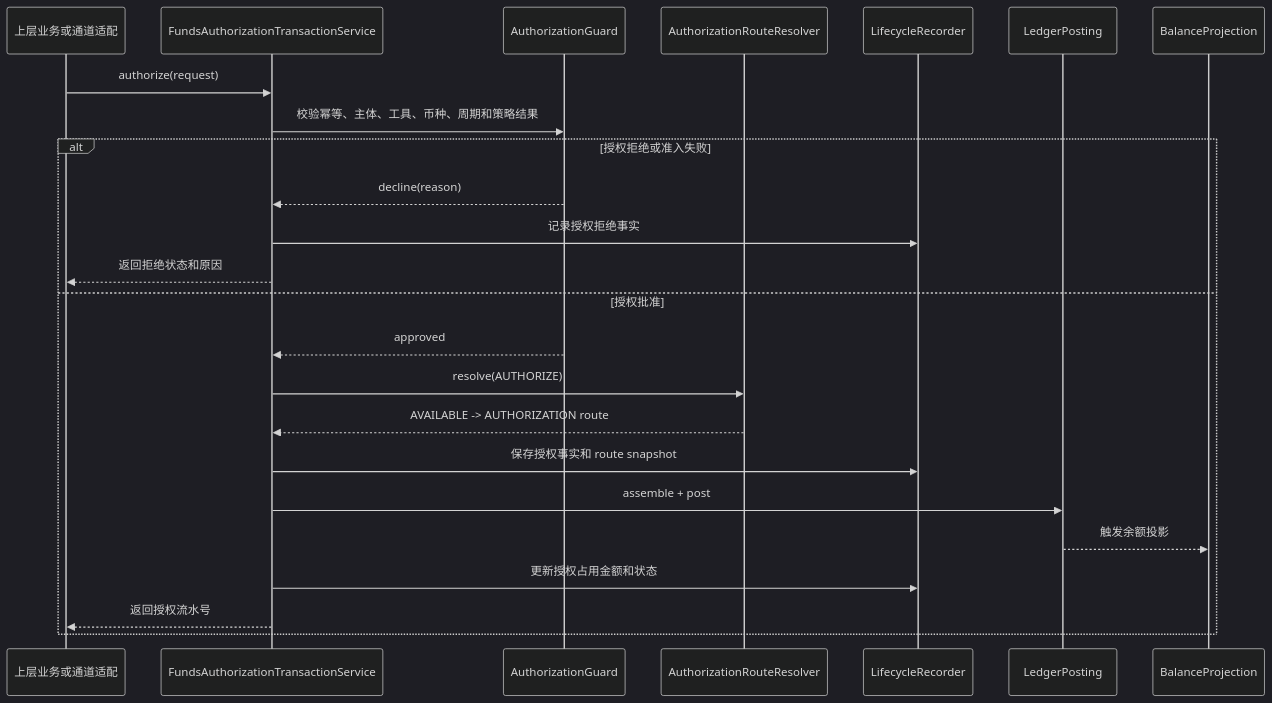
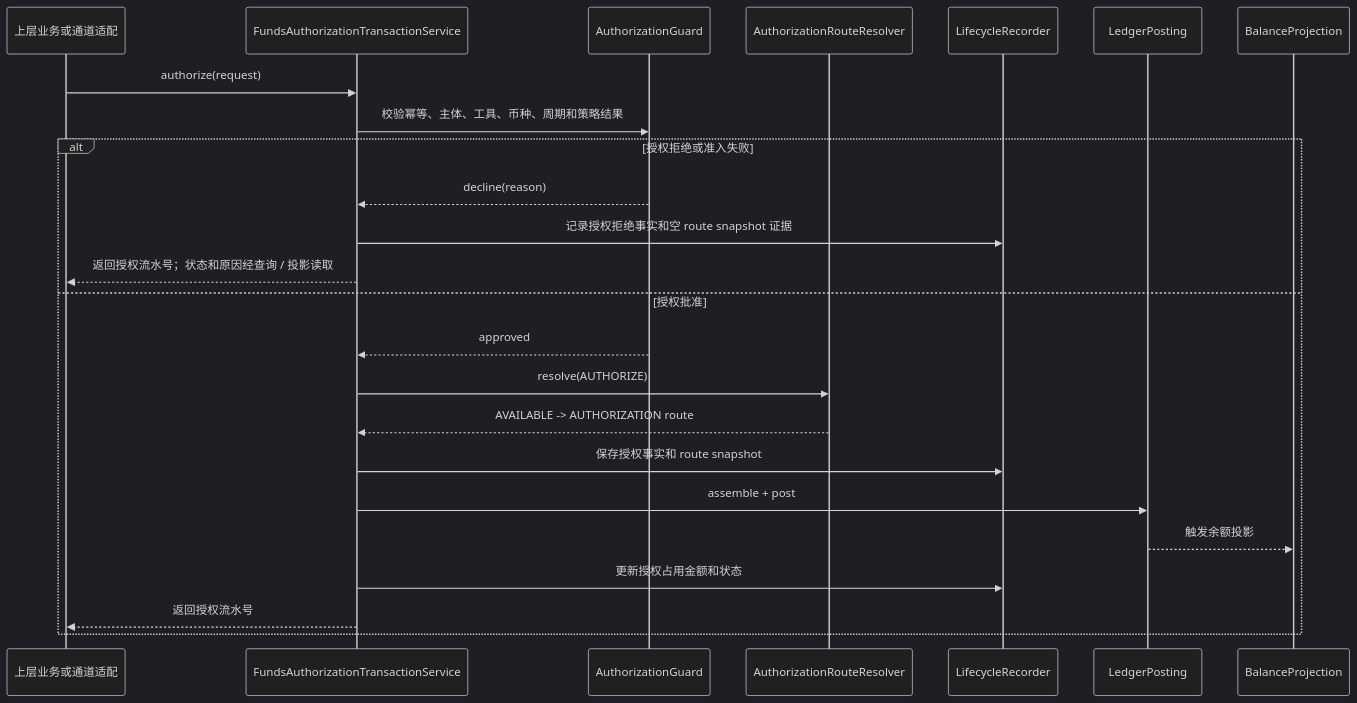
The third of 18 diagrams in docs/系分设计/02-交易路由钱包账目与投影系分设计.md (fengwuxp/wind-funds), drawn with Mermaid (dark theme) before and after one commit. The commit also changed other lines of this file and 16 other files, not shown here.

````diff
--- a/docs/系分设计/02-交易路由钱包账目与投影系分设计.md
+++ b/docs/系分设计/02-交易路由钱包账目与投影系分设计.md
@@ -242,27 +242,27 @@
 ```mermaid
 sequenceDiagram
     participant Caller as 上层业务或通道适配
     participant Service as FundsAuthorizationTransactionService
     participant Guard as AuthorizationGuard
     participant Route as AuthorizationRouteResolver
     participant Life as LifecycleRecorder
     participant Ledger as LedgerPosting
     participant Projection as BalanceProjection
 
     Caller->>Service: authorize(request)
     Service->>Guard: 校验幂等、主体、工具、币种、周期和策略结果
     alt 授权拒绝或准入失败
         Guard-->>Service: decline(reason)
-        Service->>Life: 记录授权拒绝事实
-        Service-->>Caller: 返回拒绝状态和原因
+        Service->>Life: 记录授权拒绝事实和空 route snapshot 证据
+        Service-->>Caller: 返回授权流水号；状态和原因经查询 / 投影读取
     else 授权批准
         Guard-->>Service: approved
         Service->>Route: resolve(AUTHORIZE)
         Route-->>Service: AVAILABLE -> AUTHORIZATION route
         Service->>Life: 保存授权事实和 route snapshot
         Service->>Ledger: assemble + post
         Ledger-->>Projection: 触发余额投影
         Service->>Life: 更新授权占用金额和状态
         Service-->>Caller: 返回授权流水号
     end
 ```
````
